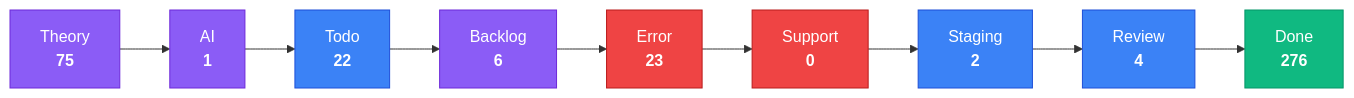
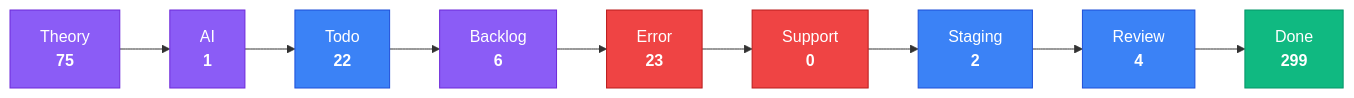
Before and after one commit to KBVE/kbve: the third of 4 diagrams in apps/kbve/astro-kbve/src/content/docs/dashboard/kanban-data.mdx, drawn with Mermaid. The commit also changed other lines of this file and 2 other files, not shown here.

````diff
--- a/apps/kbve/astro-kbve/src/content/docs/dashboard/kanban-data.mdx
+++ b/apps/kbve/astro-kbve/src/content/docs/dashboard/kanban-data.mdx
@@ -215,28 +215,28 @@
 ```mermaid
 flowchart LR
     classDef planning fill:#8b5cf6,stroke:#6d28d9,color:#fff
     classDef active fill:#3b82f6,stroke:#1d4ed8,color:#fff
     classDef blocked fill:#ef4444,stroke:#b91c1c,color:#fff
     classDef done fill:#10b981,stroke:#059669,color:#fff
     Theory["Theory<br/><strong>75</strong>"]
     Theory --> AI
     AI["AI<br/><strong>1</strong>"]
     AI --> Todo
     Todo["Todo<br/><strong>22</strong>"]
     Todo --> Backlog
     Backlog["Backlog<br/><strong>6</strong>"]
     Backlog --> Error
     Error["Error<br/><strong>23</strong>"]
     Error --> Support
     Support["Support<br/><strong>0</strong>"]
     Support --> Staging
     Staging["Staging<br/><strong>2</strong>"]
     Staging --> Review
     Review["Review<br/><strong>4</strong>"]
     Review --> Done
-    Done["Done<br/><strong>276</strong>"]
+    Done["Done<br/><strong>299</strong>"]
     class Theory,AI,Backlog planning
     class Todo,Staging,Review active
     class Error,Support blocked
     class Done done
 ```
````
